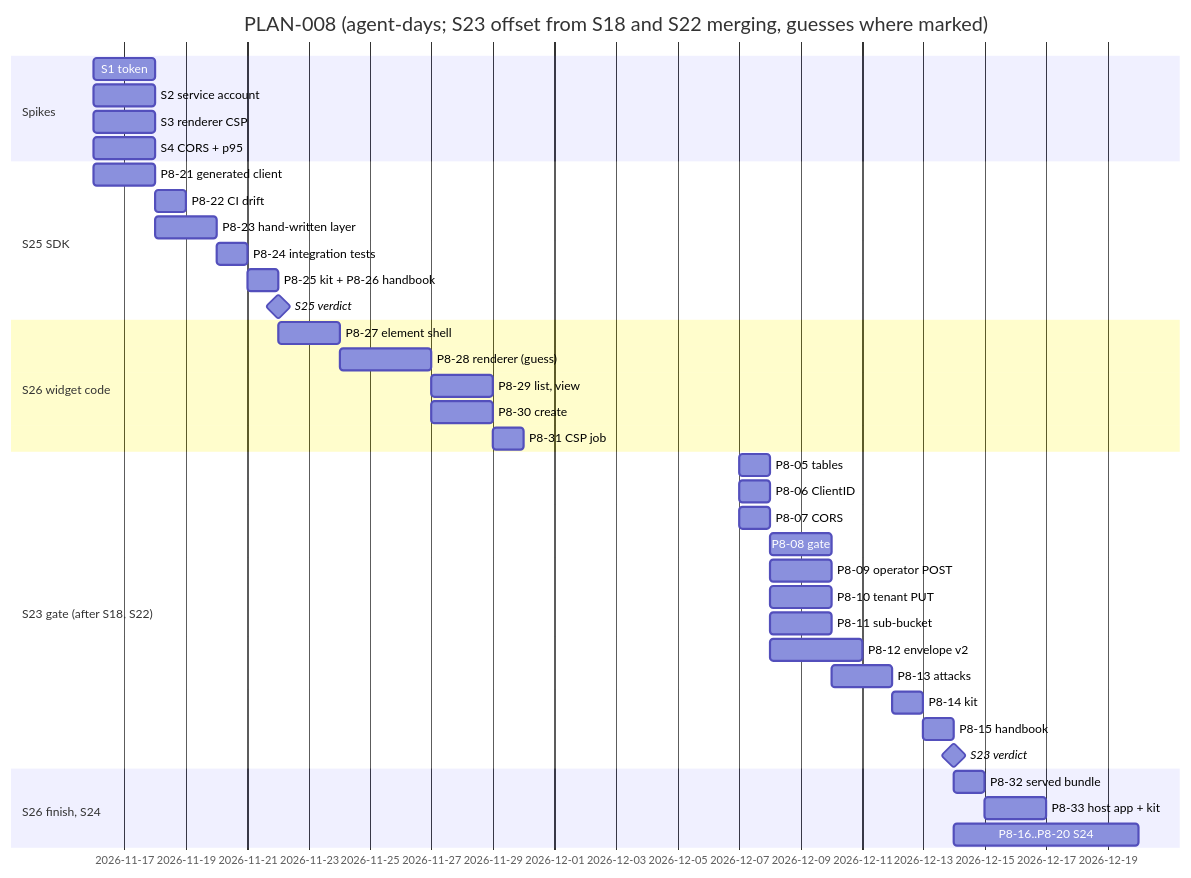
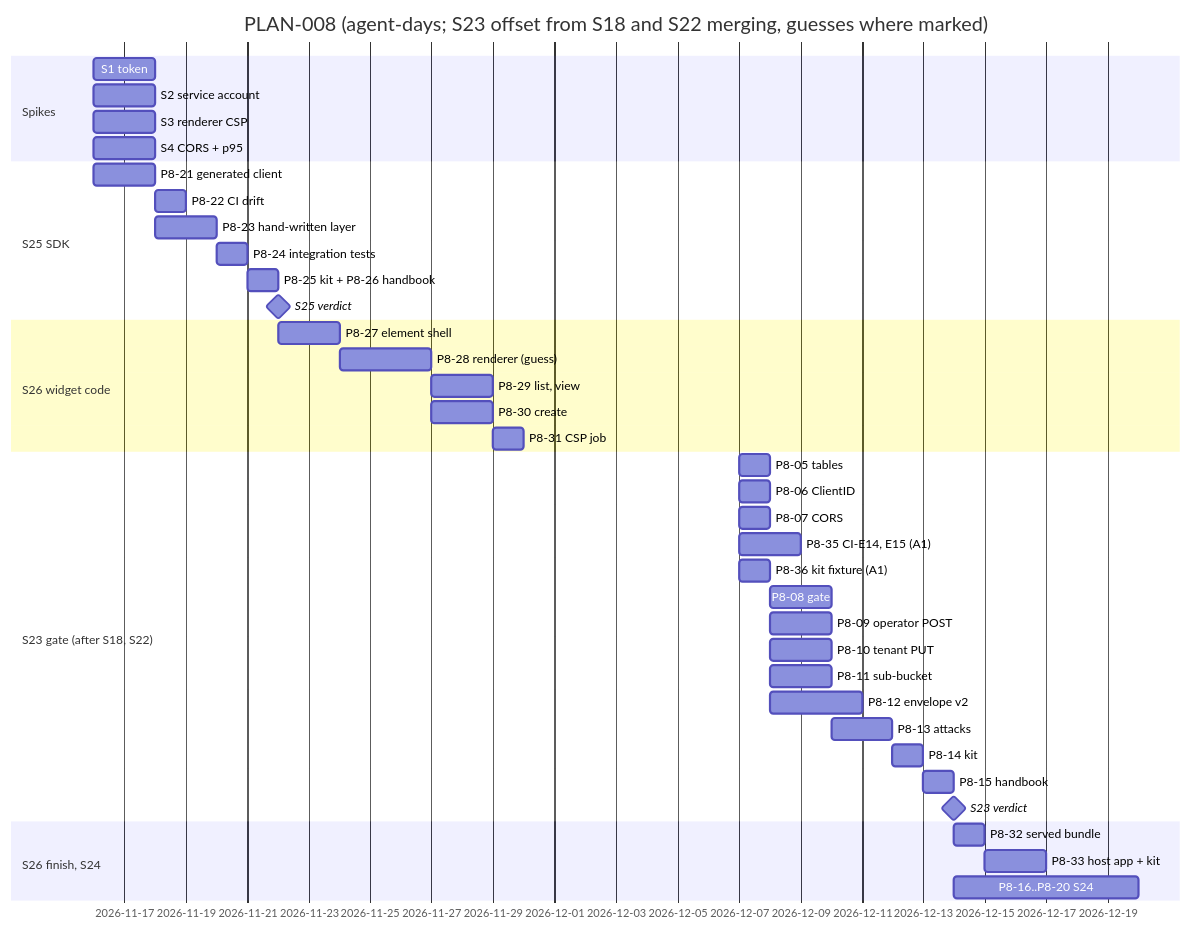
The second of 2 diagrams in docs/delivery/plan-adr-007.md (Navaladi2019/TicketingSystem), drawn with Mermaid before and after one commit. The commit also changed other lines of this file and 1 other file, not shown here.

Commit message:
TICK-851: PLAN-008 absorbs ADR-007-A1 (pair in GET/PUT, CI-E14..E16, kit fixture) and the plan CHANGES edits

````diff
--- a/docs/delivery/plan-adr-007.md
+++ b/docs/delivery/plan-adr-007.md
@@ -142,40 +170,42 @@
 ```mermaid
 gantt
   title PLAN-008 (agent-days; S23 offset from S18 and S22 merging, guesses where marked)
   dateFormat YYYY-MM-DD
   section Spikes
   S1 token                     :sp1, 2026-11-16, 2d
   S2 service account           :sp2, 2026-11-16, 2d
   S3 renderer CSP              :sp3, 2026-11-16, 2d
   S4 CORS + p95                :sp4, 2026-11-16, 2d
   section S25 SDK
   P8-21 generated client       :c1, 2026-11-16, 2d
   P8-22 CI drift               :c2, after c1, 1d
   P8-23 hand-written layer     :c3, after c1, 2d
   P8-24 integration tests      :c4, after c3, 1d
   P8-25 kit + P8-26 handbook   :c5, after c4, 1d
   S25 verdict                  :milestone, m25, after c5, 0d
   section S26 widget code
   P8-27 element shell          :w1, after m25, 2d
   P8-28 renderer (guess)       :w2, after w1, 3d
   P8-29 list, view             :w3, after w2, 2d
   P8-30 create                 :w4, after w2, 2d
   P8-31 CSP job                :w5, after w3, 1d
   section S23 gate (after S18, S22)
   P8-05 tables                 :g1, 2026-12-07, 1d
   P8-06 ClientID               :g2, 2026-12-07, 1d
   P8-07 CORS                   :g3, 2026-12-07, 1d
+  P8-35 CI-E14, E15 (A1)      :g12, 2026-12-07, 2d
+  P8-36 kit fixture (A1)       :g13, 2026-12-07, 1d
   P8-08 gate                   :g4, after g1, 2d
   P8-09 operator POST          :g5, after g1, 2d
   P8-10 tenant PUT             :g6, after g1, 2d
   P8-11 sub-bucket             :g7, after g2, 2d
   P8-12 envelope v2            :g8, after g2, 3d
   P8-13 attacks                :g9, after g4, 2d
   P8-14 kit                    :g10, after g9, 1d
   P8-15 handbook               :g11, after g10, 1d
   S23 verdict                  :milestone, m23, after g11, 0d
   section S26 finish, S24
   P8-32 served bundle          :w6, after m23, 1d
   P8-33 host app + kit         :w7, after w6, 2d
   P8-16..P8-20 S24             :s24, after m23, 6d
 ```
````
